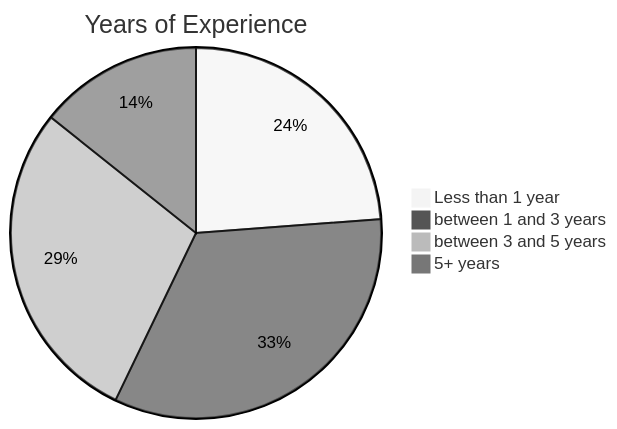
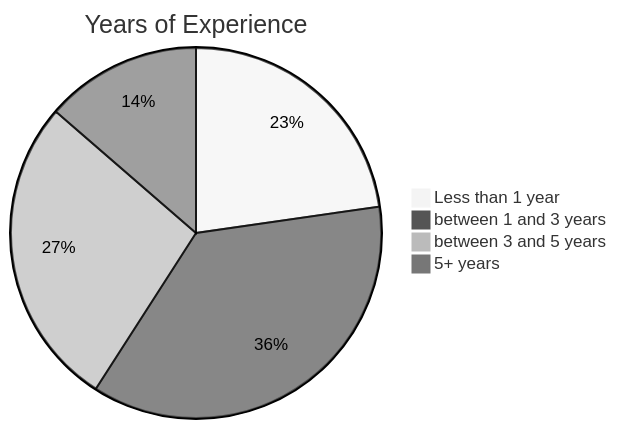
Before and after one commit to anonym-evalpro/EvalPro: the fourth of 15 diagrams in Search/README.md, drawn with Mermaid (neutral theme). The commit also changed other lines of this file and 1 other file, not shown here.

````diff
--- a/Search/README.md
+++ b/Search/README.md
@@ -43,7 +43,7 @@
        ```mermaid
         pie title Years of Experience
         "Less than 1 year" : 5
-        "between 1 and 3 years" : 7
+        "between 1 and 3 years" : 8
         "between 3 and 5 years" : 6
         "5+ years" : 3
        ```
````
